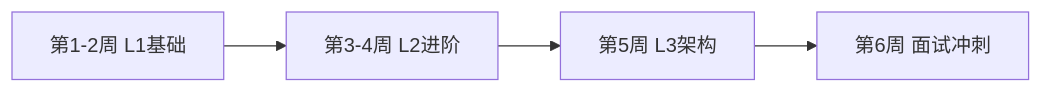
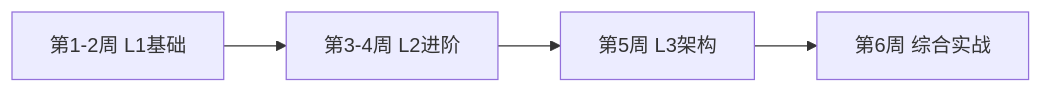
Before and after one commit to ZhcChen/Java-Summary: the diagram in docs/12-六周学习执行计划.md, drawn with Mermaid. The commit also changed 9 other files, not shown here.

````diff
--- a/docs/12-六周学习执行计划.md
+++ b/docs/12-六周学习执行计划.md
@@ -7,6 +7,6 @@
 ```mermaid
 flowchart LR
     A[第1-2周 L1基础] --> B[第3-4周 L2进阶]
     B --> C[第5周 L3架构]
-    C --> D[第6周 面试冲刺]
+    C --> D[第6周 综合实战]
 ```
````
